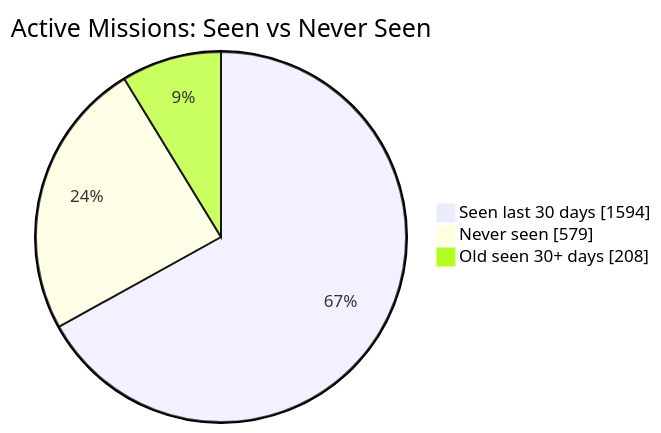
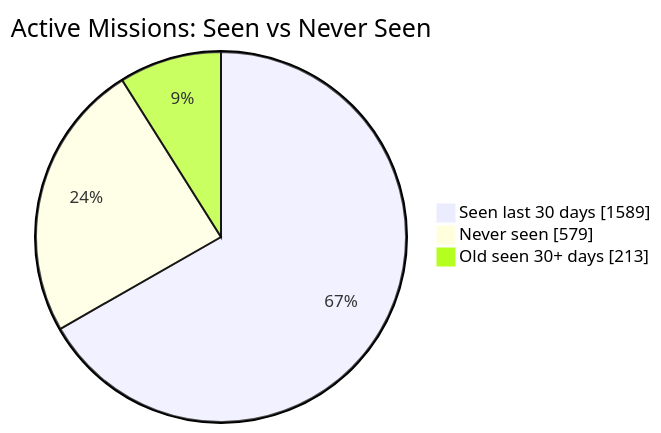
The first of 2 diagrams in README.md (MeldkamerspelGameTeam/active-missions), drawn with Mermaid before and after one commit. The commit also changed other lines of this file and 2 other files, not shown here.

````diff
--- a/README.md
+++ b/README.md
@@ -34,7 +34,7 @@
 ```mermaid
 pie showData
     title Active Missions: Seen vs Never Seen
-    "Seen last 30 days" : 1594
+    "Seen last 30 days" : 1589
     "Never seen" : 579
-    "Old seen 30+ days" : 208
+    "Old seen 30+ days" : 213
 ```
````
